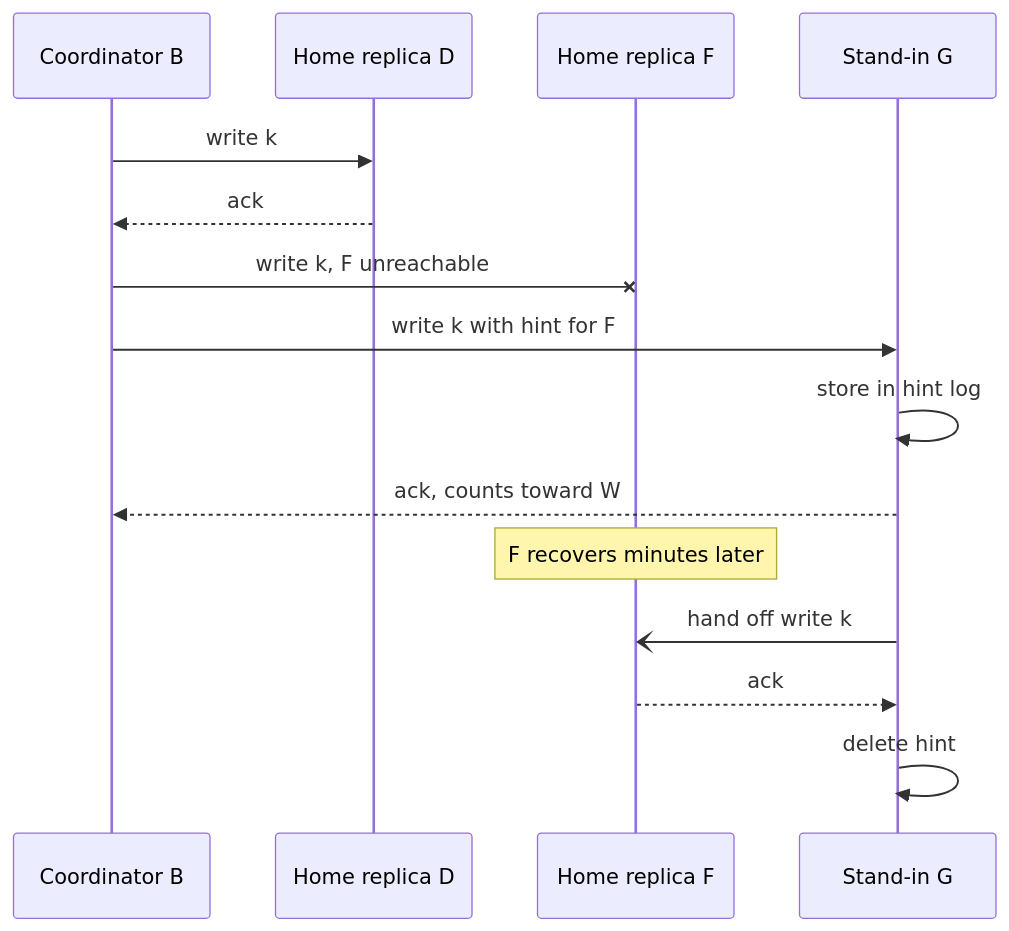
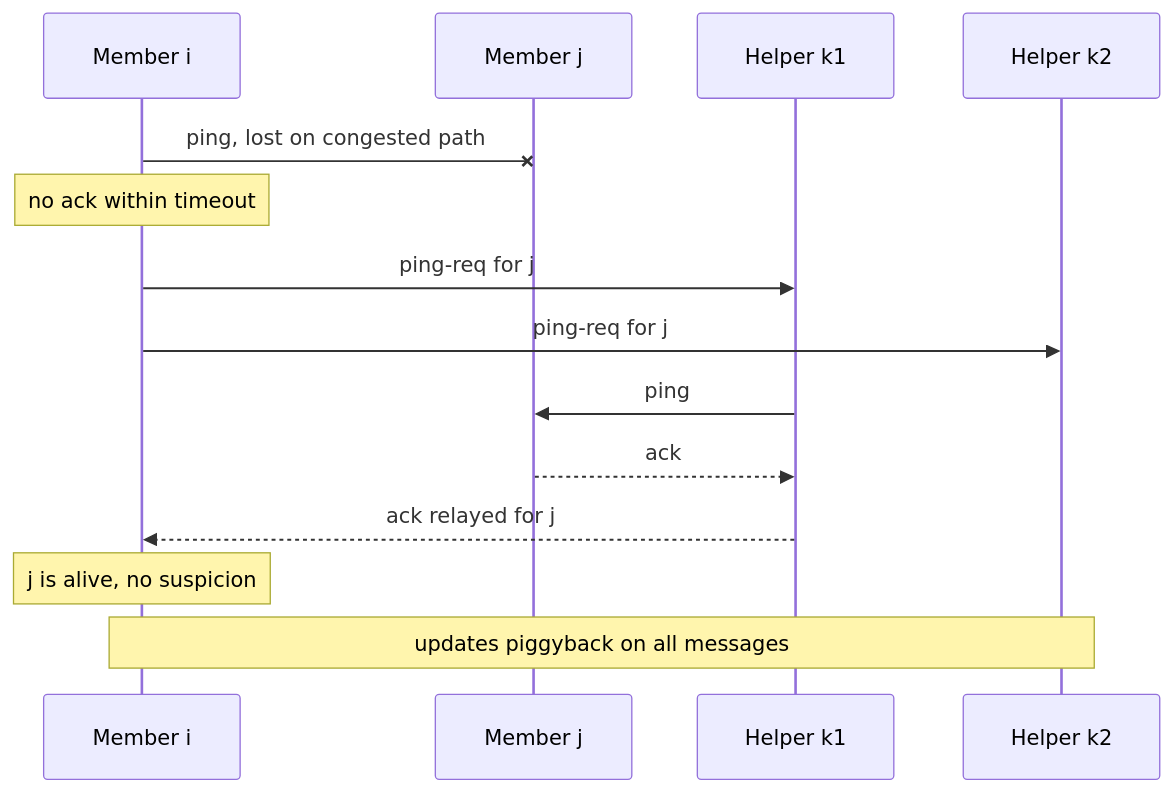
Before and after one commit to Sampath1-1-1/System-Design: the diagram in diagrams/ch27/fig-27-09.mmd, drawn with Mermaid. The commit also changed 9 other files, not shown here.

```diff
--- a/diagrams/ch27/fig-27-09.mmd
+++ b/diagrams/ch27/fig-27-09.mmd
@@ -1,16 +1,15 @@
-%% Figure 27.9 — A sloppy quorum write and later handoff
+%% Figure 27.9 — A SWIM protocol period with an indirect probe
 sequenceDiagram
-  participant CO as Coordinator B
-  participant D as Home replica D
-  participant F as Home replica F
-  participant G as Stand-in G
-  CO->>D: write k
-  D-->>CO: ack
-  CO-xF: write k, F unreachable
-  CO->>G: write k with hint for F
-  G->>G: store in hint log
-  G-->>CO: ack, counts toward W
-  Note over F: F recovers minutes later
-  G-)F: hand off write k
-  F-->>G: ack
-  G->>G: delete hint
+  participant I as Member i
+  participant J as Member j
+  participant K1 as Helper k1
+  participant K2 as Helper k2
+  I-xJ: ping, lost on congested path
+  Note over I: no ack within timeout
+  I->>K1: ping-req for j
+  I->>K2: ping-req for j
+  K1->>J: ping
+  J-->>K1: ack
+  K1-->>I: ack relayed for j
+  Note over I: j is alive, no suspicion
+  Note over I,K2: updates piggyback on all messages
```
